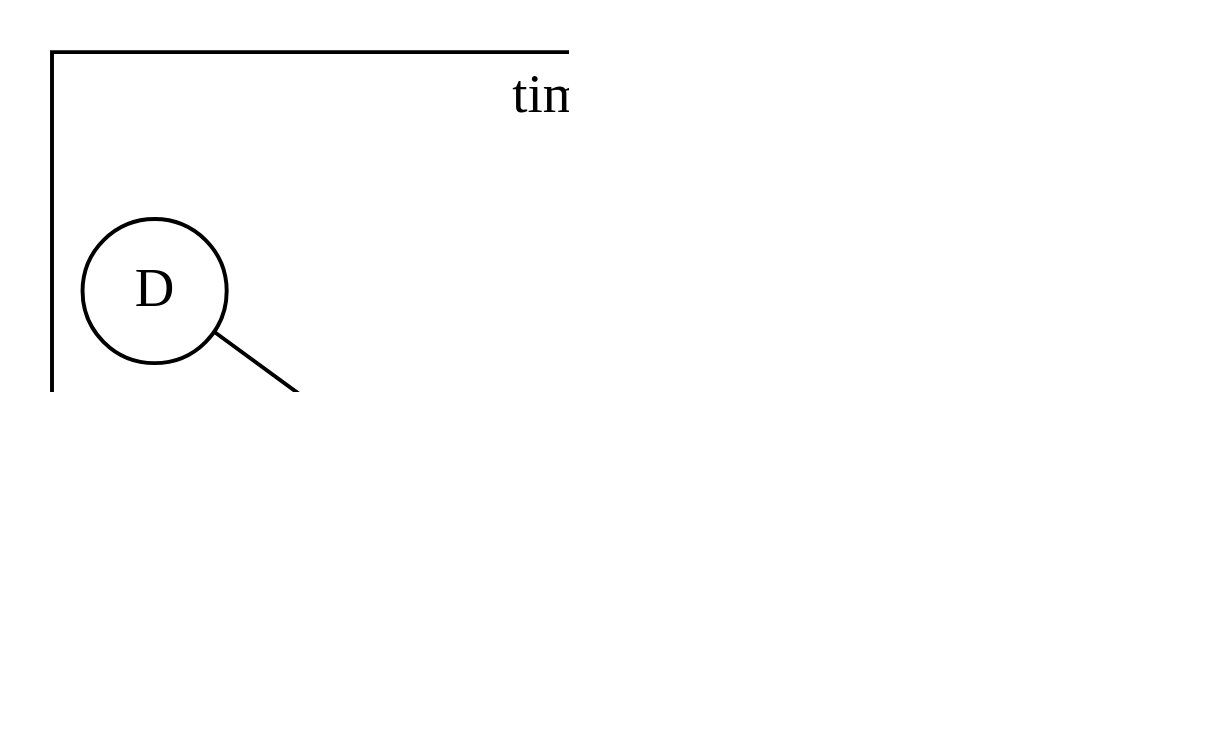
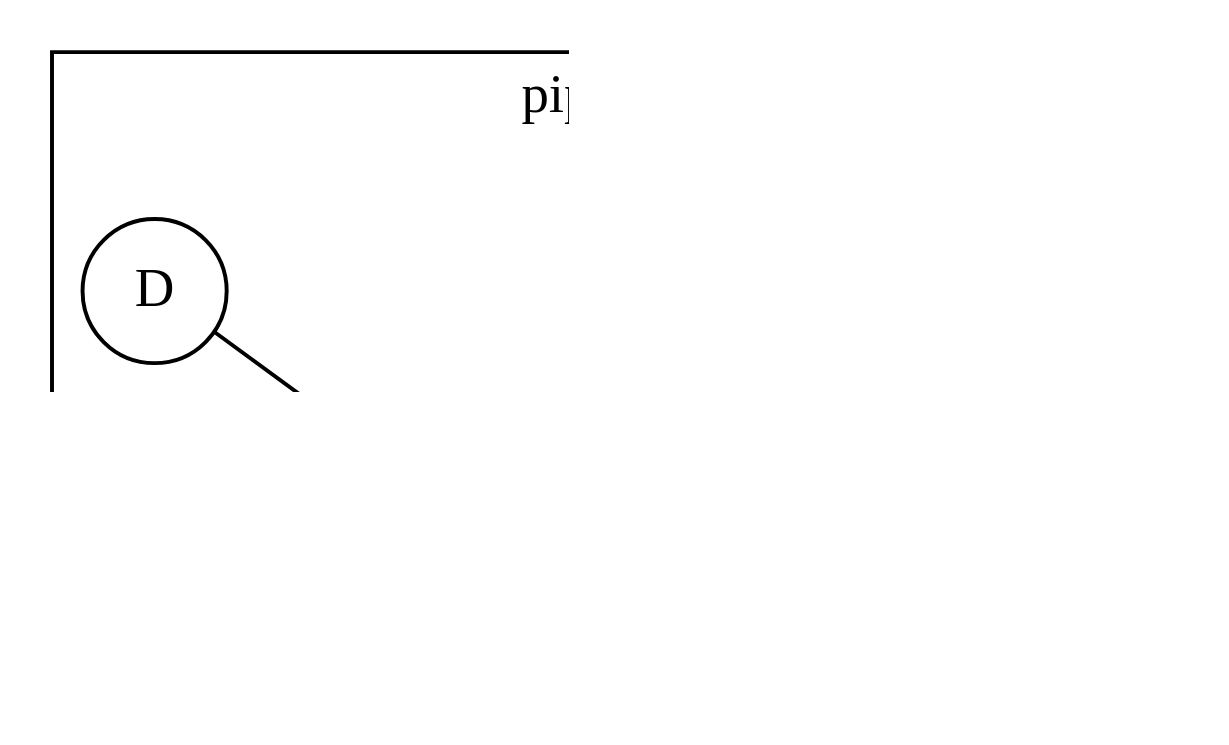
Diagram 39 of 46 in slides/src/main/asciidoc/lecture.adoc (inponomarev/kstreams-testing-pitfalls), drawn with Graphviz before and after one commit. The commit also changed other lines of this file, not shown here.

```diff
--- a/slides/src/main/asciidoc/lecture.adoc
+++ b/slides/src/main/asciidoc/lecture.adoc
@@ -1434,32 +1436,32 @@
 [graphviz,"timing2.png"]
 ----
 digraph G {
   rankdir="LR";
   graph [dpi = 180];
   node[shape="circle"];
   subgraph cluster_0 {
-  label = "timestamp order";
+  label = "pipeInput order";
   A->X2->B[style=invis];
   A->B[style=invis];
   D->C[style=invis];
   D->X3->C[style=invis];
   
   A->J1;D->J1;
   C->J2;B->J2;
 
   {rank=same;A;X1;D}
   {rank=same;B;X4;C}
 
   A->X1->D[style=invis];
   B->X4->C[style=invis];
 
   J1[label="A+D";shape="oval"]
   J2[label="B+C";shape="oval"]
   /*invisible nodes for padding*/
   X1[style=invis;label="X"];
   X2[style=invis;label="X"];
   X3[style=invis;label="X"];
   X4[style=invis;label="X"];
   }
 }
 ----
```
